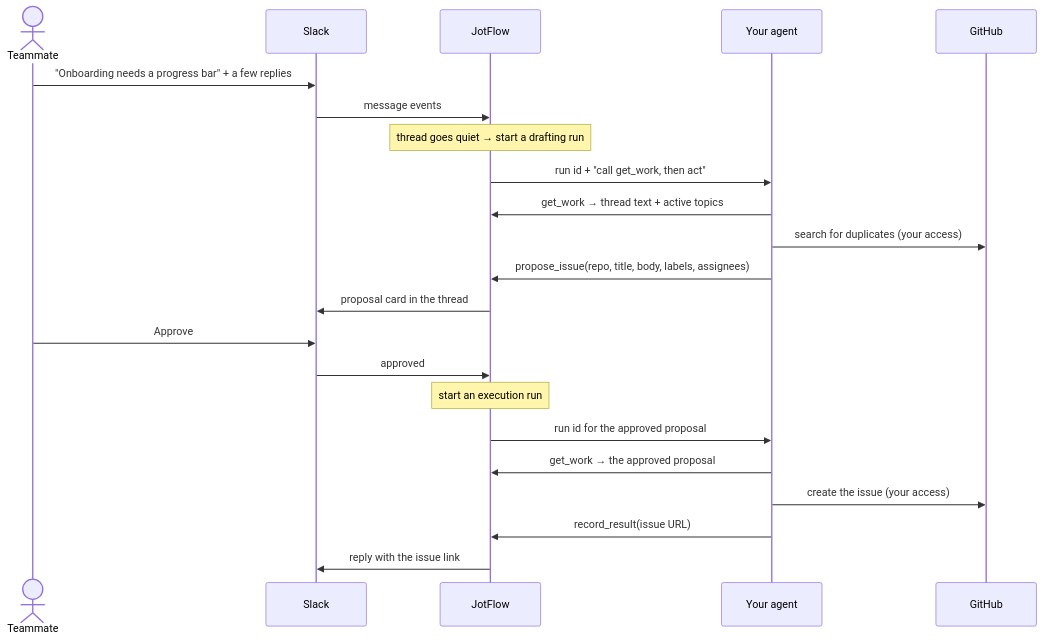
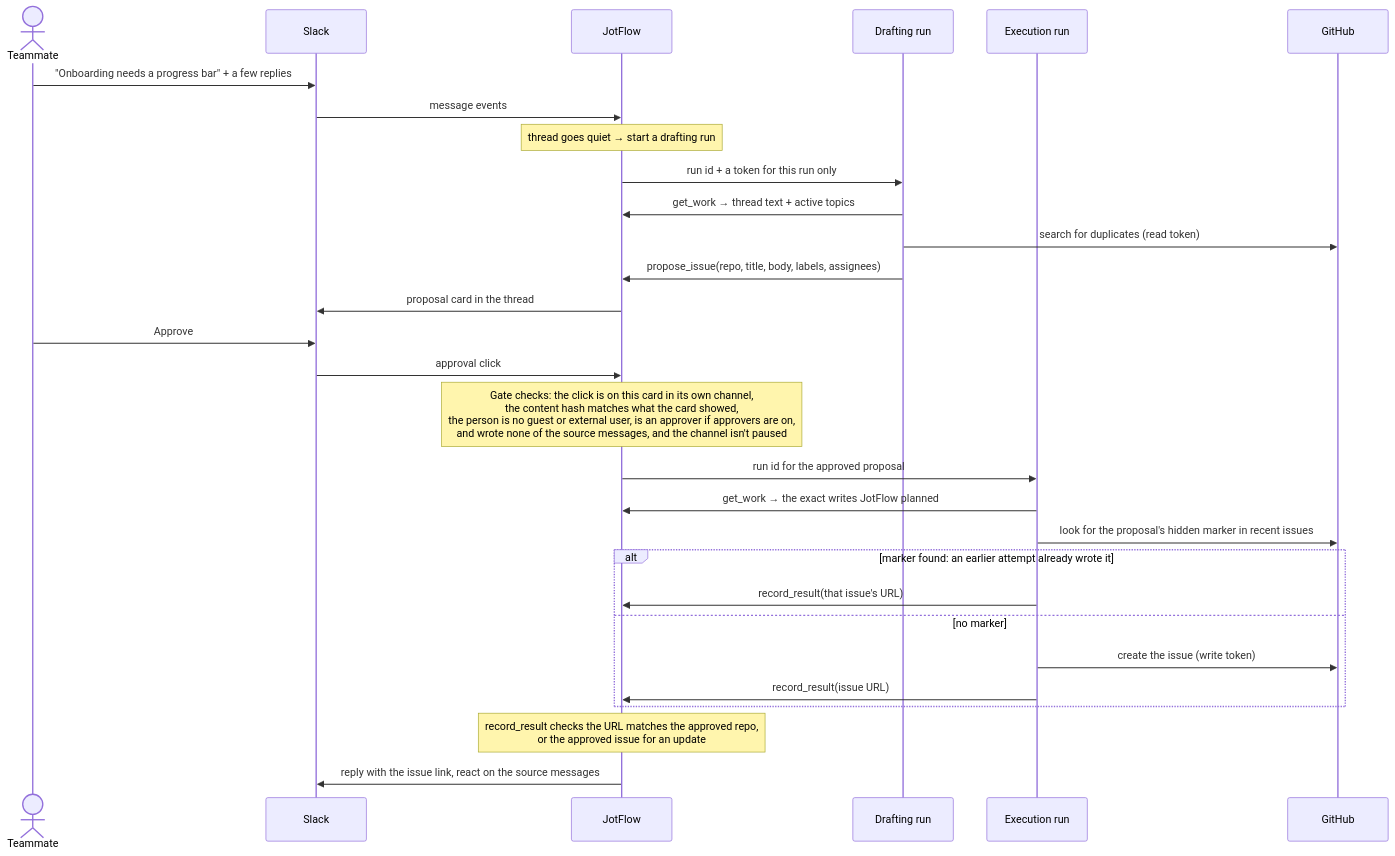
One commit to Jnkman787/jotflow changed the second of 2 diagrams in README.md. Above: the diagram before and after it, drawn with Mermaid. The commit also changed other lines of this file, not shown here.

First line of the commit message:
docs(readme): redraw both diagrams for v0.1.0's three containers and the gate's checks

````diff
--- a/README.md
+++ b/README.md
@@ -49,25 +72,32 @@
 ```mermaid
 sequenceDiagram
     actor T as Teammate
     participant S as Slack
     participant U as JotFlow
-    participant A as Your agent
+    participant D as Drafting run
+    participant E as Execution run
     participant G as GitHub
 
     T->>S: "Onboarding needs a progress bar" + a few replies
     S->>U: message events
     Note over U: thread goes quiet → start a drafting run
-    U->>A: run id + "call get_work, then act"
-    A->>U: get_work → thread text + active topics
-    A->>G: search for duplicates (your access)
-    A->>U: propose_issue(repo, title, body, labels, assignees)
+    U->>D: run id + a token for this run only
+    D->>U: get_work → thread text + active topics
+    D->>G: search for duplicates (read token)
+    D->>U: propose_issue(repo, title, body, labels, assignees)
     U->>S: proposal card in the thread
     T->>S: Approve
-    S->>U: approved
-    Note over U: start an execution run
-    U->>A: run id for the approved proposal
-    A->>U: get_work → the approved proposal
-    A->>G: create the issue (your access)
-    A->>U: record_result(issue URL)
-    U->>S: reply with the issue link
+    S->>U: approval click
+    Note over U: Gate checks: the click is on this card in its own channel,<br/>the content hash matches what the card showed,<br/>the person is no guest or external user, is an approver if approvers are on,<br/>and wrote none of the source messages, and the channel isn't paused
+    U->>E: run id for the approved proposal
+    E->>U: get_work → the exact writes JotFlow planned
+    E->>G: look for the proposal's hidden marker in recent issues
+    alt marker found: an earlier attempt already wrote it
+        E->>U: record_result(that issue's URL)
+    else no marker
+        E->>G: create the issue (write token)
+        E->>U: record_result(issue URL)
+    end
+    Note over U: record_result checks the URL matches the approved repo,<br/>or the approved issue for an update
+    U->>S: reply with the issue link, react on the source messages
 ```
````
